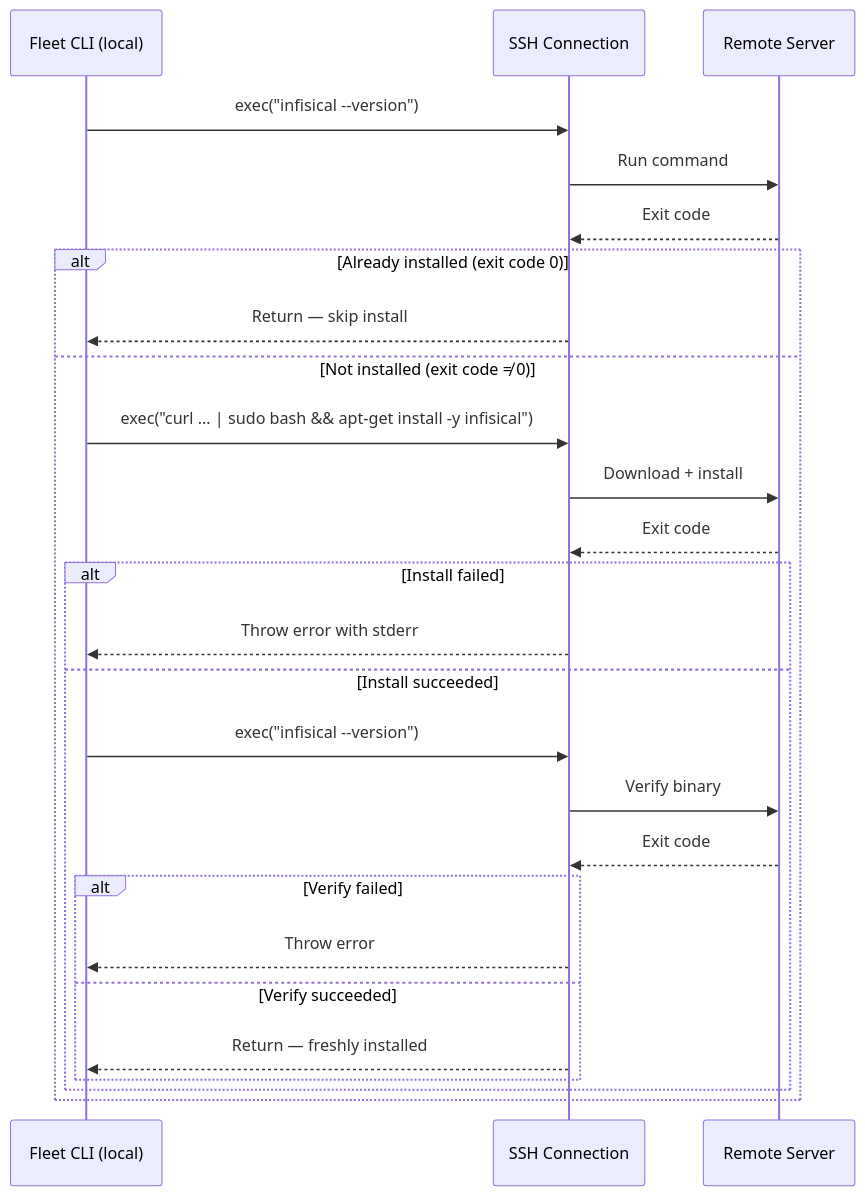
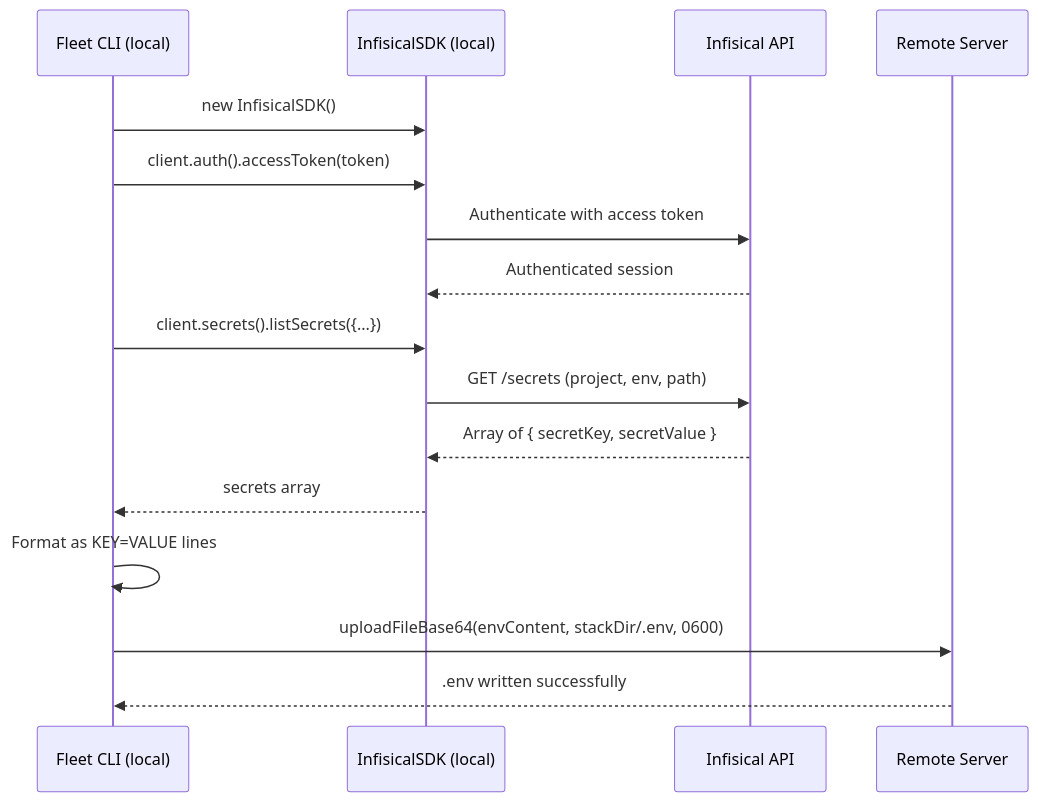
The diagram in docs/env-secrets/infisical-integration.md (PatrickRuddiman/Fleet), drawn with Mermaid before and after one commit. The commit also changed other lines of this file and 95 other files, not shown here.

````diff
--- a/docs/env-secrets/infisical-integration.md
+++ b/docs/env-secrets/infisical-integration.md
@@ -28,30 +33,19 @@
 ```mermaid
 sequenceDiagram
     participant Fleet as Fleet CLI (local)
-    participant SSH as SSH Connection
-    participant Server as Remote Server
+    participant SDK as InfisicalSDK (local)
+    participant API as Infisical API
+    participant SSH as Remote Server
 
-    Fleet->>SSH: exec("infisical --version")
-    SSH->>Server: Run command
-    Server-->>SSH: Exit code
-    
-    alt Already installed (exit code 0)
-        SSH-->>Fleet: Return — skip install
-    else Not installed (exit code ≠ 0)
-        Fleet->>SSH: exec("curl ... | sudo bash && apt-get install -y infisical")
-        SSH->>Server: Download + install
-        Server-->>SSH: Exit code
-        alt Install failed
-            SSH-->>Fleet: Throw error with stderr
-        else Install succeeded
-            Fleet->>SSH: exec("infisical --version")
-            SSH->>Server: Verify binary
-            Server-->>SSH: Exit code
-            alt Verify failed
-                SSH-->>Fleet: Throw error
-            else Verify succeeded
-                SSH-->>Fleet: Return — freshly installed
-            end
-        end
-    end
+    Fleet->>SDK: new InfisicalSDK()
+    Fleet->>SDK: client.auth().accessToken(token)
+    SDK->>API: Authenticate with access token
+    API-->>SDK: Authenticated session
+    Fleet->>SDK: client.secrets().listSecrets({...})
+    SDK->>API: GET /secrets (project, env, path)
+    API-->>SDK: Array of { secretKey, secretValue }
+    SDK-->>Fleet: secrets array
+    Fleet->>Fleet: Format as KEY=VALUE lines
+    Fleet->>SSH: uploadFileBase64(envContent, stackDir/.env, 0600)
+    SSH-->>Fleet: .env written successfully
 ```
````
